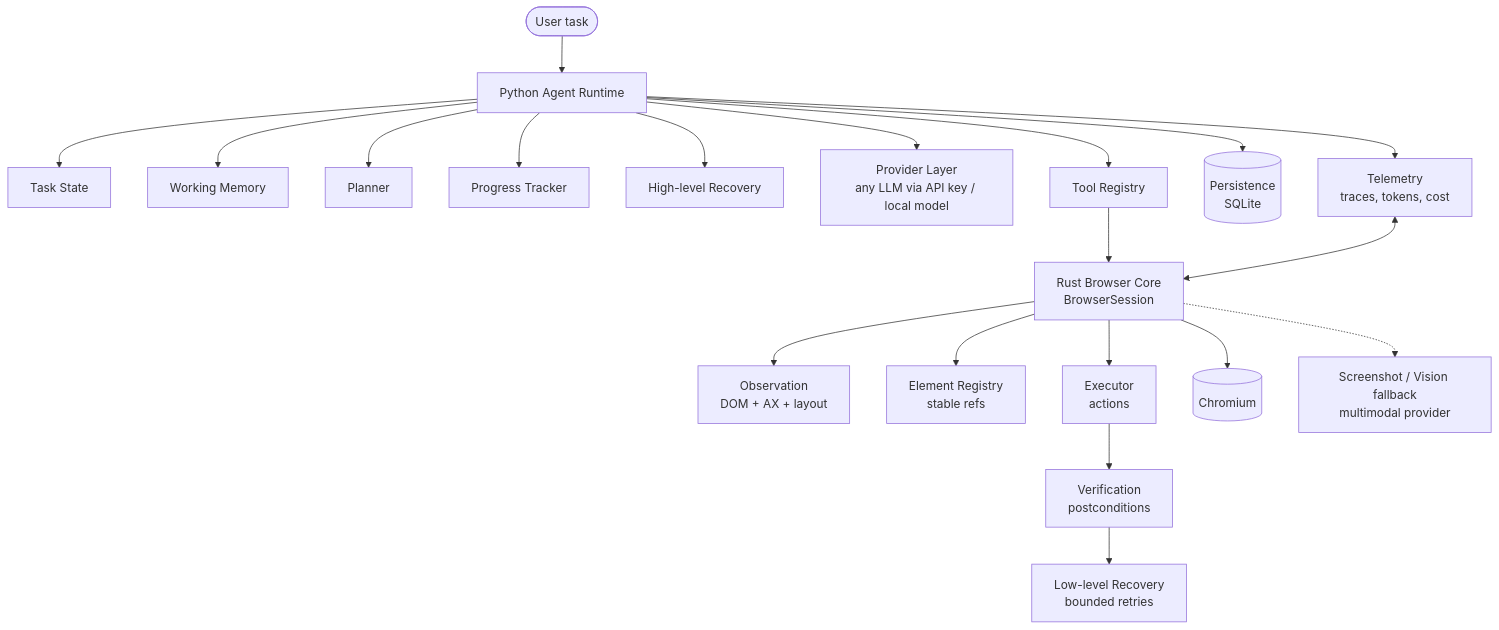
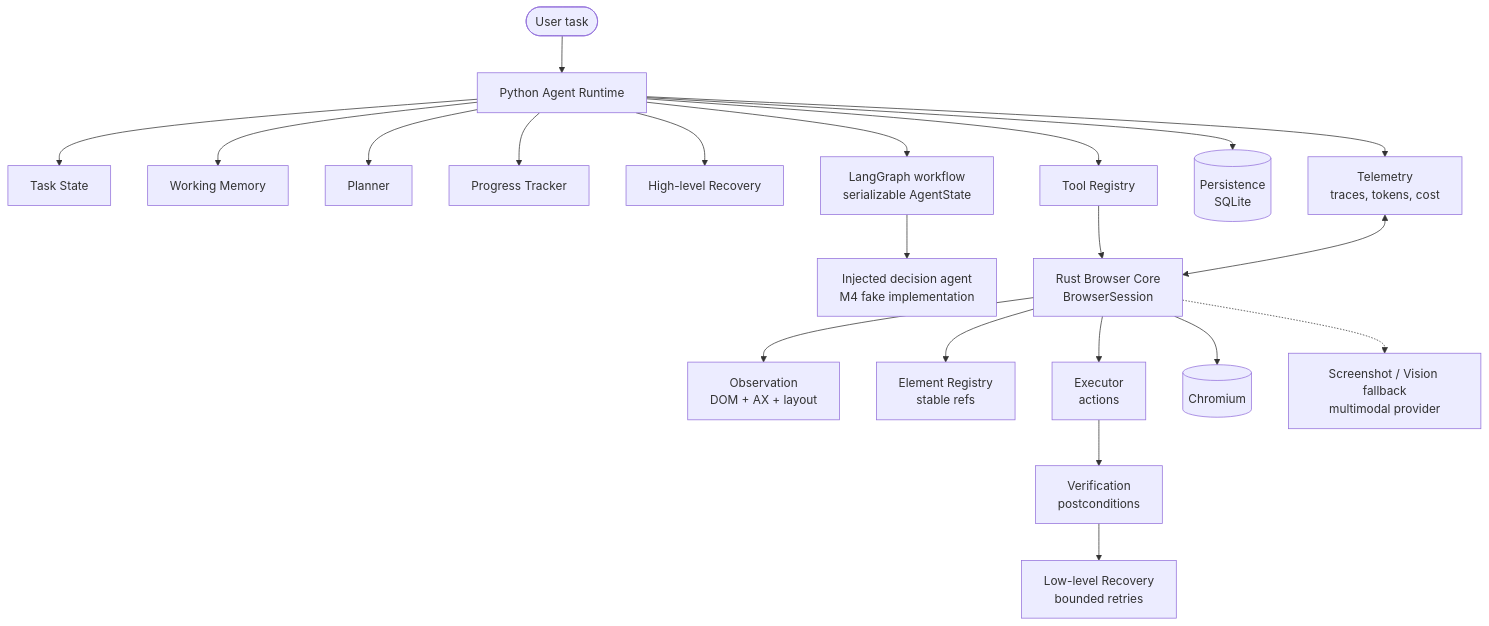
One commit to arjun-713/BrowSKI changed the diagram in docs/architecture/system-overview.md. Above: the diagram before and after it, drawn with Mermaid. The commit also changed other lines of this file and 21 other files, not shown here.

Commit message:
feat(agent): add LangGraph browser runtime

````diff
--- a/docs/architecture/system-overview.md
+++ b/docs/architecture/system-overview.md
@@ -8,22 +8,23 @@
 ```mermaid
 flowchart TB
     User([User task]) --> Runtime[Python Agent Runtime]
     Runtime --> TaskState[Task State]
     Runtime --> Memory[Working Memory]
     Runtime --> Planner[Planner]
     Runtime --> Progress[Progress Tracker]
     Runtime --> HLRecovery[High-level Recovery]
-    Runtime --> Providers[Provider Layer\nany LLM via API key / local model]
+    Runtime --> Graph[LangGraph workflow\nserializable AgentState]
+    Graph --> Providers[Injected decision agent\nM4 fake implementation]
     Runtime --> Tools[Tool Registry]
     Tools --> Core[Rust Browser Core\nBrowserSession]
     Core --> Obs[Observation\nDOM + AX + layout]
     Core --> Registry[Element Registry\nstable refs]
     Core --> Exec[Executor\nactions]
     Exec --> Verify[Verification\npostconditions]
     Verify --> LLRecovery[Low-level Recovery\nbounded retries]
     Core --> Chromium[(Chromium)]
     Core -.-> Vision[Screenshot / Vision fallback\nmultimodal provider]
     Runtime --> Persist[(Persistence\nSQLite)]
     Runtime --> Telemetry[Telemetry\ntraces, tokens, cost]
     Telemetry <--> Core
 ```
````
